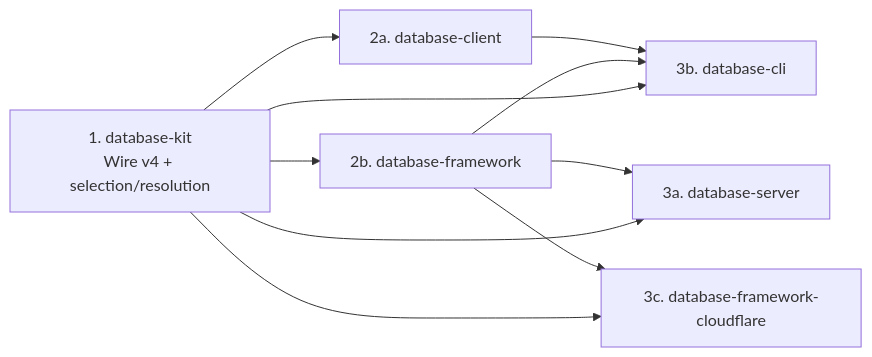
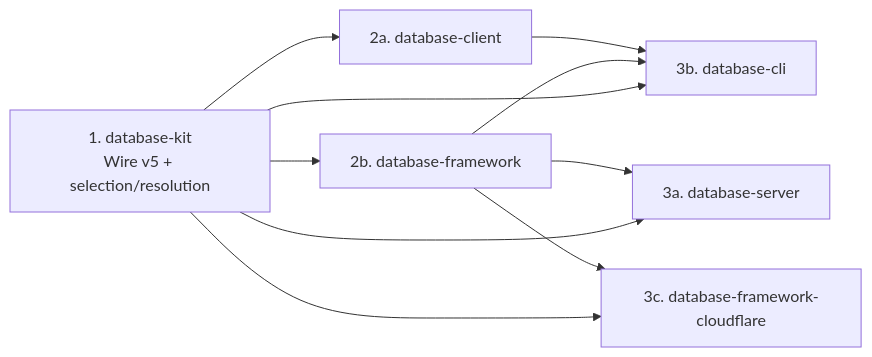
One commit to 1amageek/database-framework changed the eighth of 8 diagrams in docs/base-composition-implementation-design.md. Above: the diagram before and after it, drawn with Mermaid. The commit also changed other lines of this file and 514 other files, not shown here.

````diff
--- a/docs/base-composition-implementation-design.md
+++ b/docs/base-composition-implementation-design.md
@@ -934,18 +933,18 @@
 ```mermaid
 flowchart LR
-    Kit["1. database-kit<br/>Wire v4 + selection/resolution"]
+    Kit["1. database-kit<br/>Wire v5 + selection/resolution"]
     Client["2a. database-client"]
     Framework["2b. database-framework"]
     Server["3a. database-server"]
     CLI["3b. database-cli"]
     Cloudflare["3c. database-framework-cloudflare"]
     Kit --> Client
     Kit --> Framework
     Kit --> Server
     Kit --> CLI
     Kit --> Cloudflare
     Framework --> Server
     Framework --> CLI
     Framework --> Cloudflare
     Client --> CLI
 ```
````
